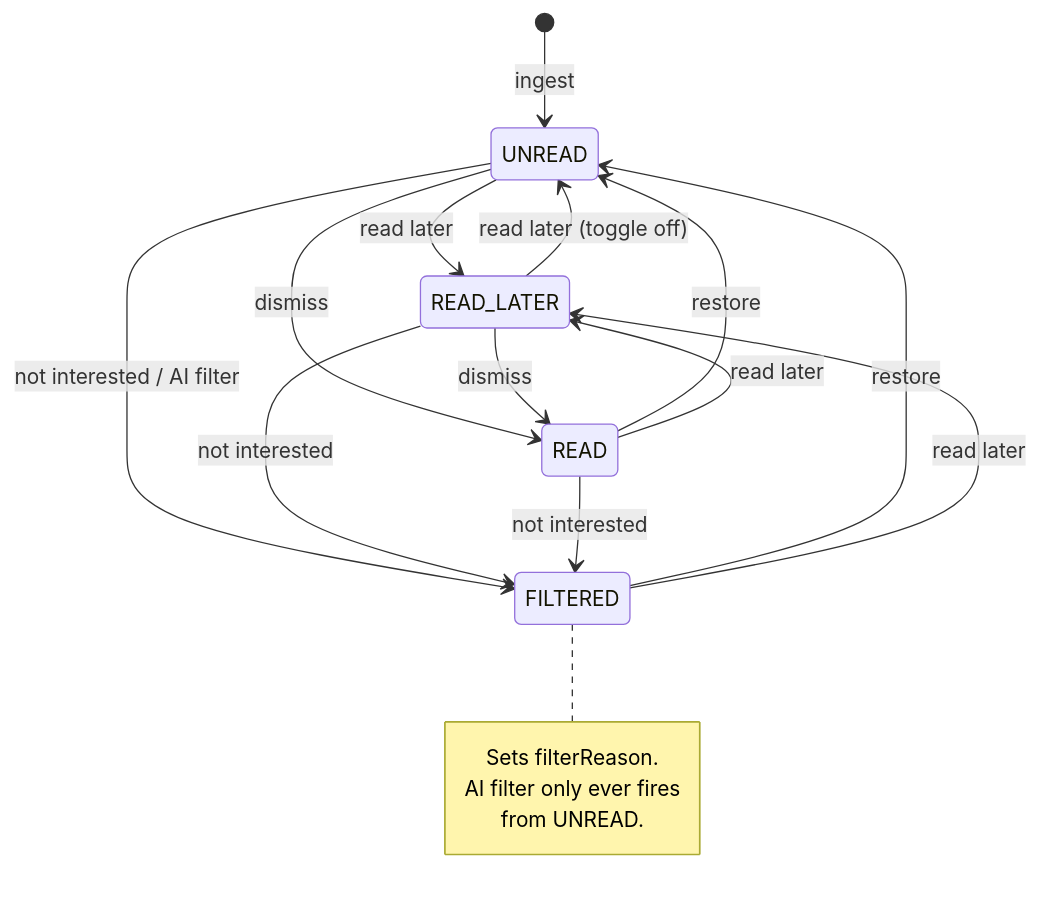
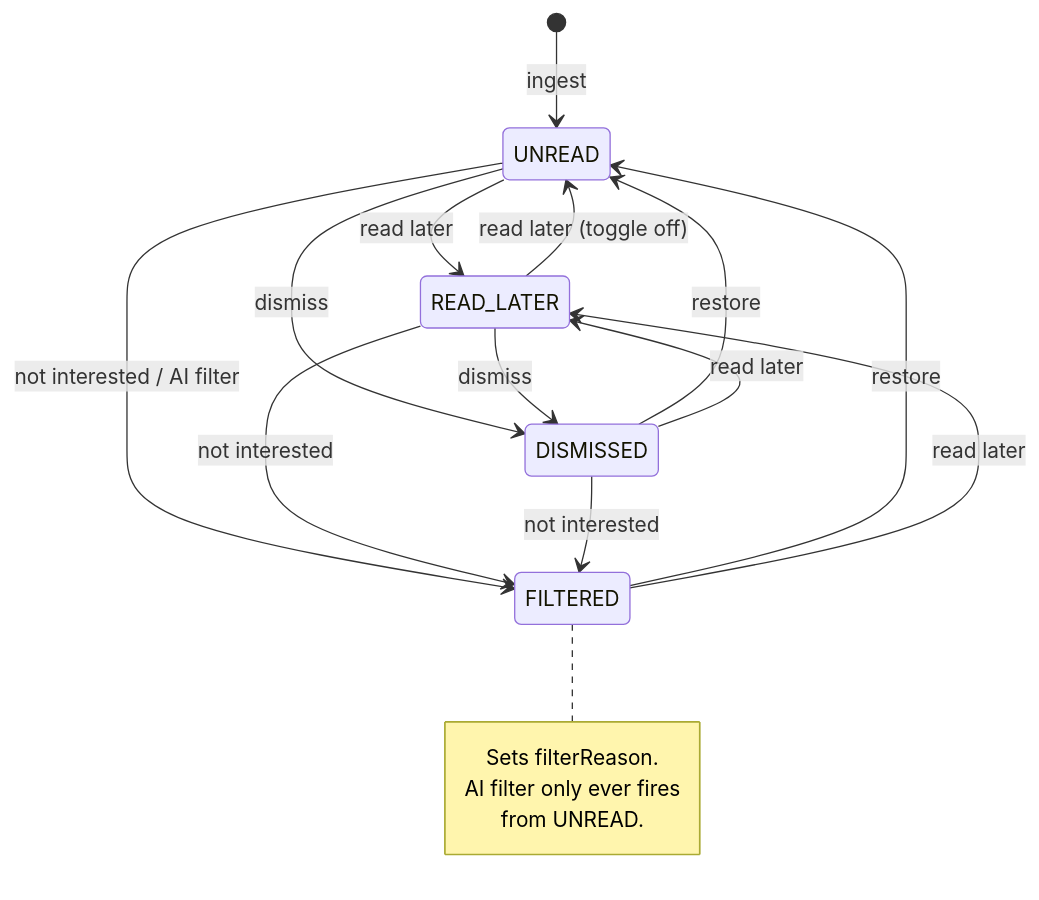
One commit to marcusleg/briefing-officer changed the diagram in docs/reference/article-status.md. Above: the diagram before and after it, drawn with Mermaid. The commit also changed other lines of this file and 44 other files, not shown here.

First line of the commit message:
feat: call articles you're done with dismissed instead of read

````diff
--- a/docs/reference/article-status.md
+++ b/docs/reference/article-status.md
@@ -20,26 +20,26 @@
 ```mermaid
 stateDiagram-v2
     [*] --> UNREAD: ingest
 
     UNREAD --> READ_LATER: read later
     READ_LATER --> UNREAD: read later (toggle off)
 
-    UNREAD --> READ: dismiss
-    READ_LATER --> READ: dismiss
+    UNREAD --> DISMISSED: dismiss
+    READ_LATER --> DISMISSED: dismiss
 
     UNREAD --> FILTERED: not interested / AI filter
     READ_LATER --> FILTERED: not interested
-    READ --> FILTERED: not interested
+    DISMISSED --> FILTERED: not interested
 
-    READ --> UNREAD: restore
+    DISMISSED --> UNREAD: restore
     FILTERED --> UNREAD: restore
 
-    READ --> READ_LATER: read later
+    DISMISSED --> READ_LATER: read later
     FILTERED --> READ_LATER: read later
 
     note right of FILTERED
         Sets filterReason.
         AI filter only ever fires
         from UNREAD.
     end note
 ```
````
